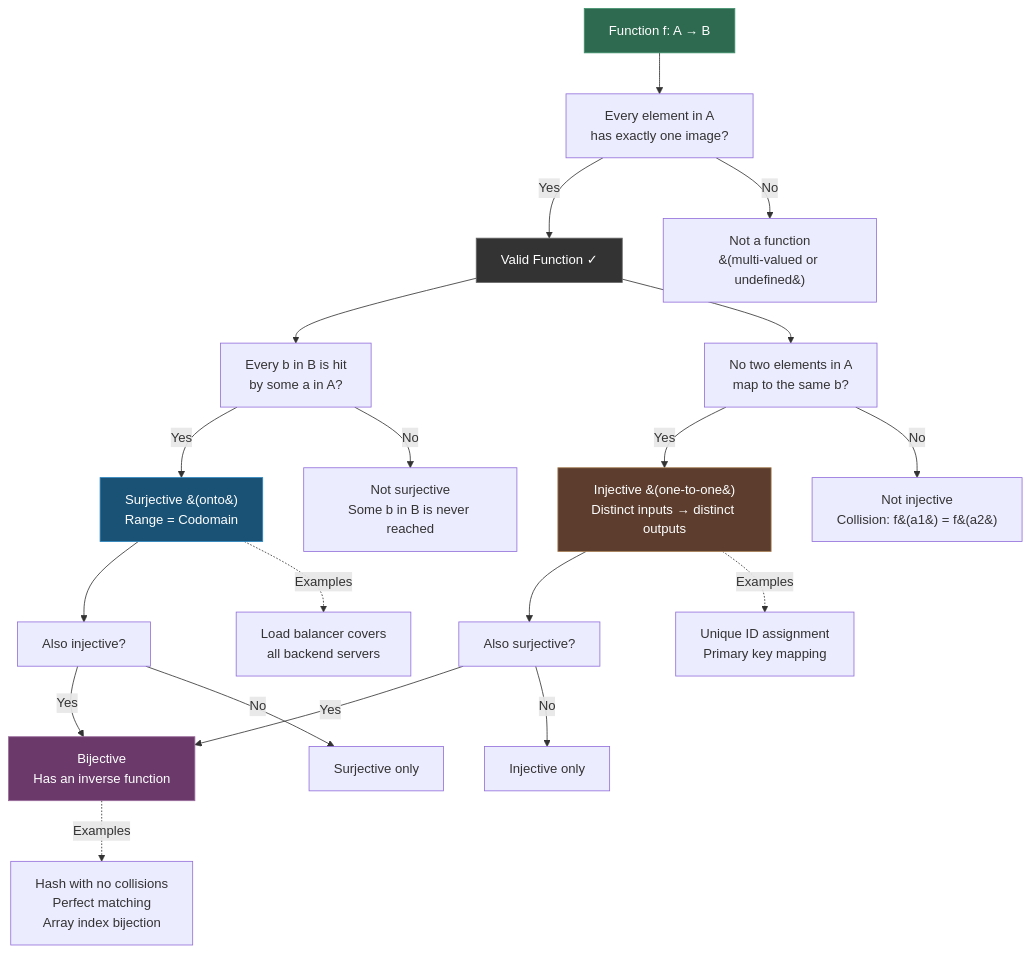
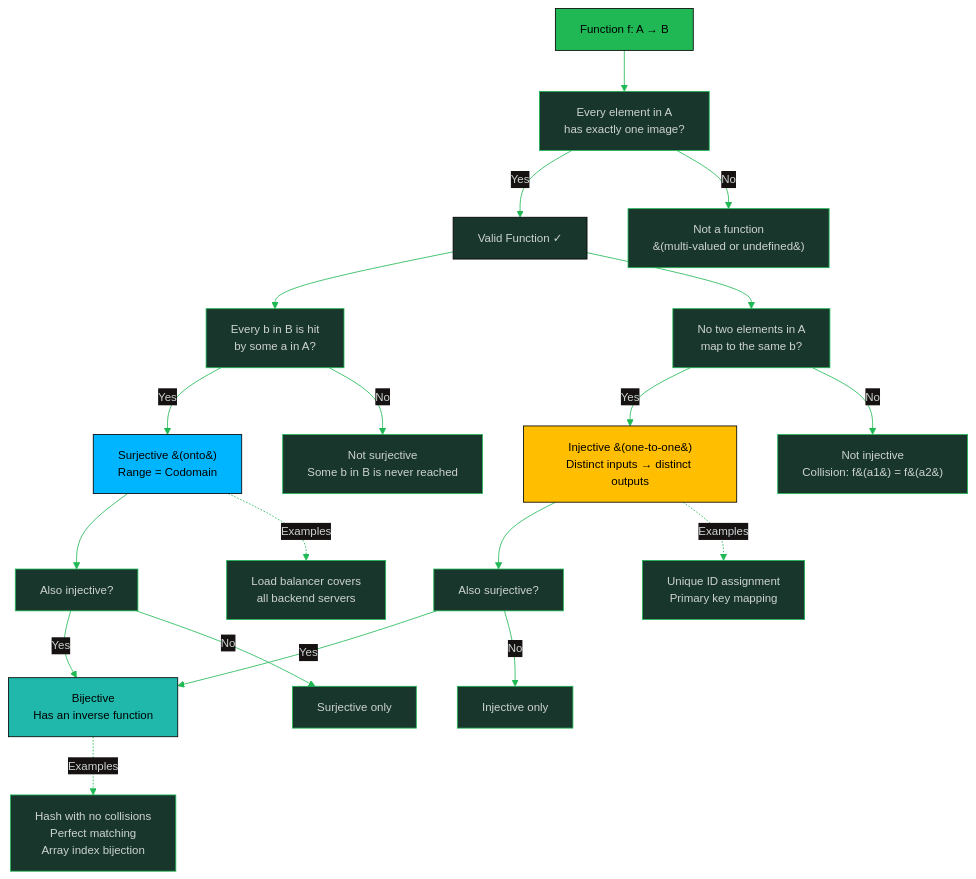
Before and after one commit to oat431/swe-knowledge: the diagram in math-for-software-engineering-note/02_sets_relations_functions.md, drawn with Mermaid. The commit also changed other lines of this file and 18 other files, not shown here.

````diff
--- a/math-for-software-engineering-note/02_sets_relations_functions.md
+++ b/math-for-software-engineering-note/02_sets_relations_functions.md
@@ -111,32 +111,33 @@
 ```mermaid
+%%{init: {'theme':'base','themeVariables':{'primaryColor':'#19362D','primaryTextColor':'#CDD3D1','primaryBorderColor':'#1FB854','lineColor':'#1FB854','background':'#1B1717','mainBkg':'#19362D','clusterBkg':'#161212','edgeLabelBackground':'#161212','titleColor':'#1FB854','fontSize':'14px'}}}%%
 flowchart TD
     START["Function f: A → B"] --> Q1["Every element in A\nhas exactly one image?"]
     Q1 -->|Yes| FUNC["Valid Function ✓"]
     Q1 -->|No| NOT["Not a function\n&#40;multi-valued or undefined&#41;"]
 
     FUNC --> Q2["Every b in B is hit\nby some a in A?"]
     Q2 -->|Yes| SURJ["Surjective &#40;onto&#41;\nRange = Codomain"]
     Q2 -->|No| NOTSURJ["Not surjective\nSome b in B is never reached"]
 
     FUNC --> Q3["No two elements in A\nmap to the same b?"]
     Q3 -->|Yes| INJ["Injective &#40;one-to-one&#41;\nDistinct inputs → distinct outputs"]
     Q3 -->|No| NOTINJ["Not injective\nCollision: f&#40;a1&#41; = f&#40;a2&#41;"]
 
     INJ --> Q4["Also surjective?"]
     Q4 -->|Yes| BIJ["Bijective\nHas an inverse function"]
     Q4 -->|No| JUSTINJ["Injective only"]
 
     SURJ --> Q5["Also injective?"]
     Q5 -->|Yes| BIJ
     Q5 -->|No| JUSTSURJ["Surjective only"]
 
     BIJ -.->|Examples| EX1["Hash with no collisions\nPerfect matching\nArray index bijection"]
     INJ -.->|Examples| EX2["Unique ID assignment\nPrimary key mapping"]
     SURJ -.->|Examples| EX3["Load balancer covers\nall backend servers"]
 
-    style START fill:#2d6a4f,stroke:#40916c,color:#fff
-    style FUNC fill:#333,stroke:#666,color:#fff
-    style SURJ fill:#1a5276,stroke:#2e86c1,color:#fff
-    style INJ fill:#5c3d2e,stroke:#a67c52,color:#fff
-    style BIJ fill:#6b3a6b,stroke:#9b6b9b,color:#fff
+    style START fill:#1FB854,stroke:#000000,color:#000000
+    style FUNC fill:#19362D,stroke:#000000,color:#CDD3D1
+    style SURJ fill:#00B5FF,stroke:#000000,color:#000000
+    style INJ fill:#FFBE00,stroke:#000000,color:#000000
+    style BIJ fill:#1FB8AB,stroke:#000000,color:#000000
 ```
````
